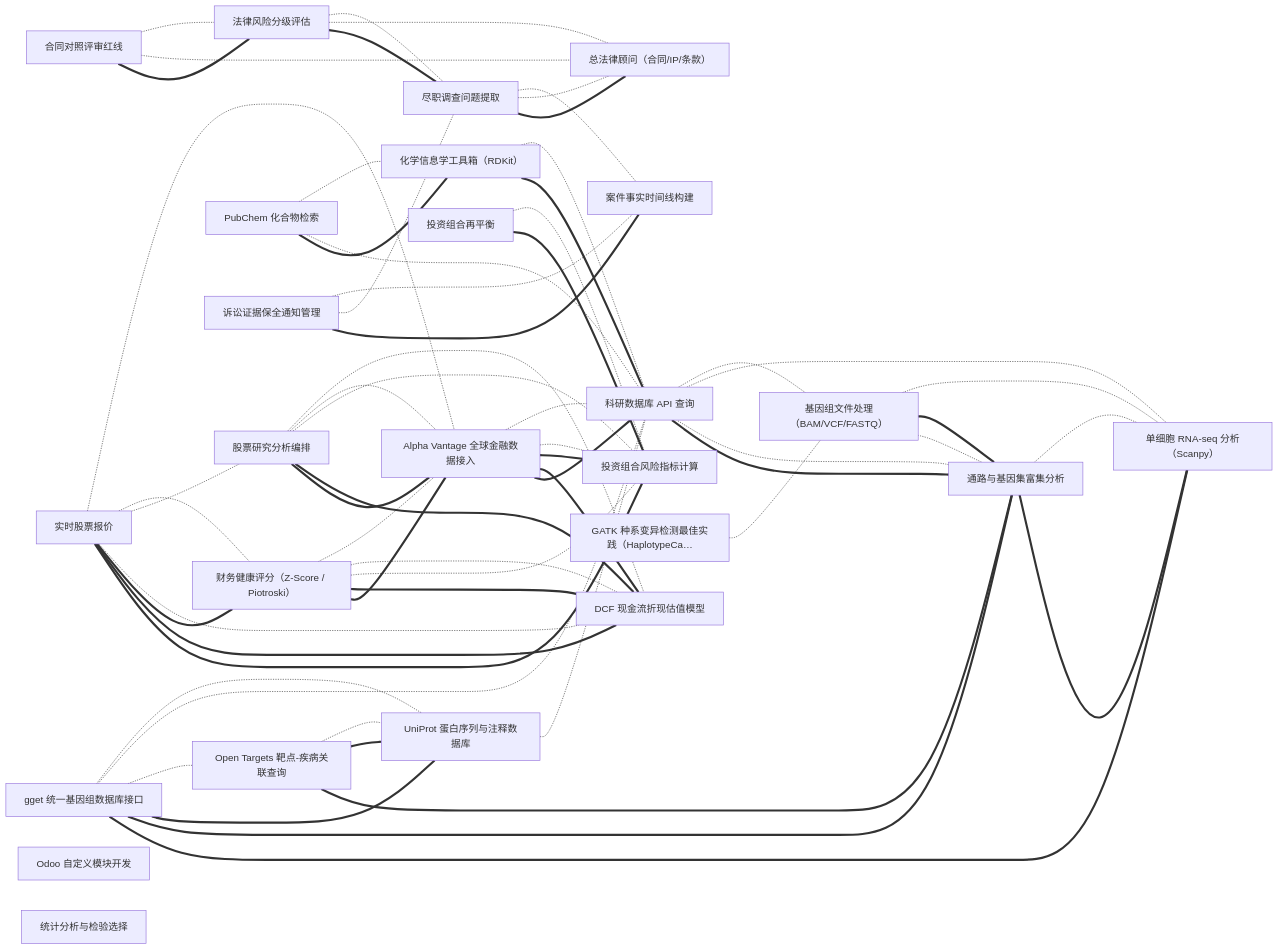
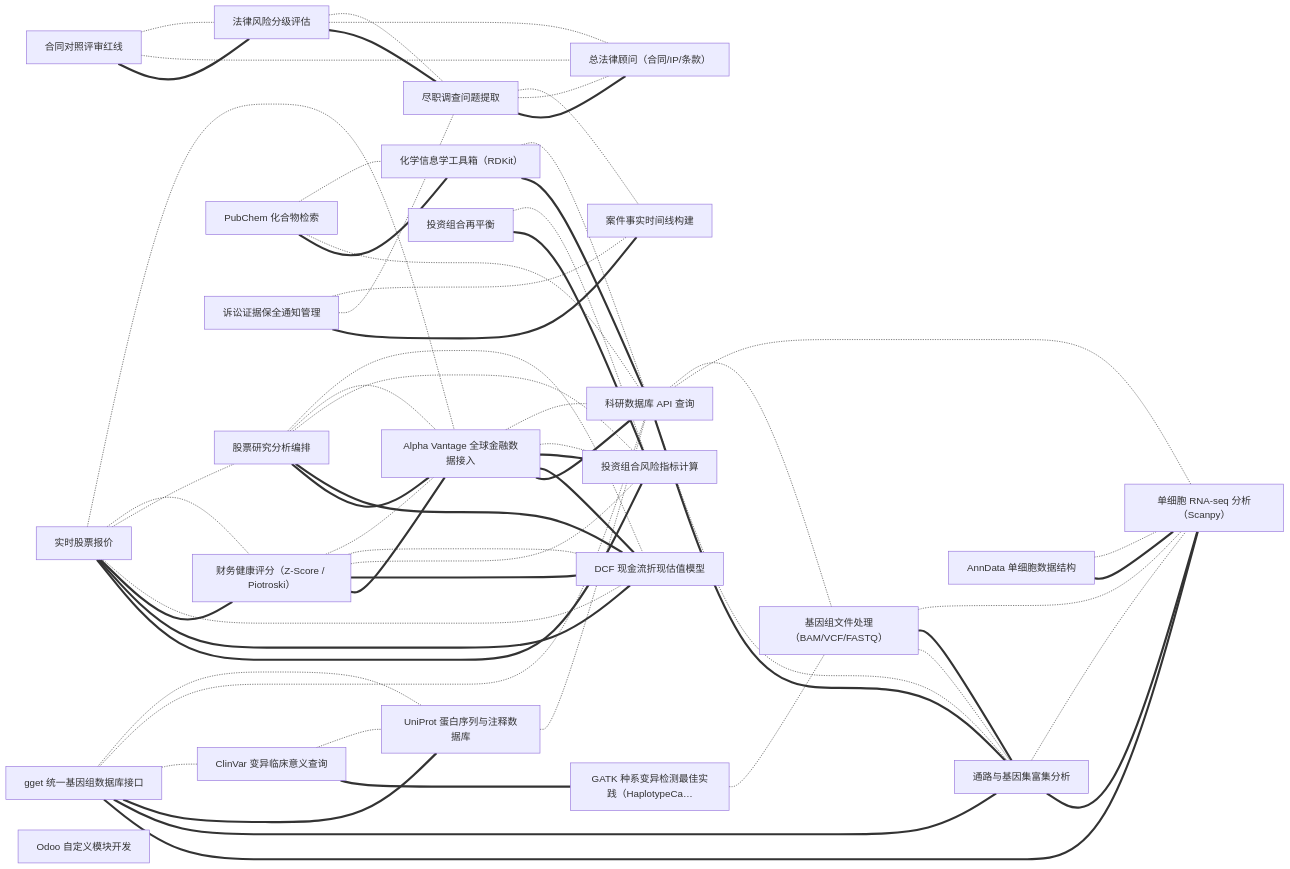
Before and after one commit to findscripter/everything-skills: diagram 11 of 12 in INDEX/graph.md, drawn with Mermaid. The commit also changed other lines of this file and 12 other files, not shown here.

```diff
--- a/INDEX/graph.md
+++ b/INDEX/graph.md
@@ -1076,14 +1072,18 @@
   pubchem-compound-search["PubChem 化合物检索"]
   legal-hold-manager["诉讼证据保全通知管理"]
   litigation-chronology-builder["案件事实时间线构建"]
-  guided-statistical-analysis["统计分析与检验选择"]
-  opentargets-database["Open Targets 靶点-疾病关联查询"]
+  anndata-data-structure["AnnData 单细胞数据结构"]
+  clinvar-database["ClinVar 变异临床意义查询"]
   alpha-vantage-market-data -.- scientific-database-lookup
   alpha-vantage-market-data -.- portfolio-risk-metrics
   alpha-vantage-market-data === portfolio-risk-metrics
   alpha-vantage-market-data === dcf-valuation-model
+  anndata-data-structure -.- single-cell-rnaseq-analysis
+  anndata-data-structure === single-cell-rnaseq-analysis
   cheminformatics-toolkit -.- scientific-database-lookup
   cheminformatics-toolkit === scientific-database-lookup
+  clinvar-database -.- uniprot-protein-database
+  clinvar-database === gatk-variant-calling
   contract-playbook-review -.- legal-risk-classifier
   contract-playbook-review -.- general-counsel-advisor
   contract-playbook-review === legal-risk-classifier
@@ -1100,7 +1100,7 @@
   genomic-file-toolkit === gene-set-enrichment-analysis
   gget-genomic-databases -.- uniprot-protein-database
   gget-genomic-databases -.- scientific-database-lookup
-  gget-genomic-databases -.- opentargets-database
+  gget-genomic-databases -.- clinvar-database
   gget-genomic-databases === uniprot-protein-database
   gget-genomic-databases === gene-set-enrichment-analysis
   gget-genomic-databases === single-cell-rnaseq-analysis
@@ -1127,9 +1127,6 @@
   octagon-stock-quote === octagon-financial-health-scores
   octagon-stock-quote === dcf-valuation-model
   octagon-stock-quote === portfolio-risk-metrics
-  opentargets-database -.- uniprot-protein-database
-  opentargets-database === uniprot-protein-database
-  opentargets-database === gene-set-enrichment-analysis
   portfolio-rebalancer -.- portfolio-risk-metrics
   portfolio-rebalancer === portfolio-risk-metrics
   pubchem-compound-search -.- cheminformatics-toolkit
```
